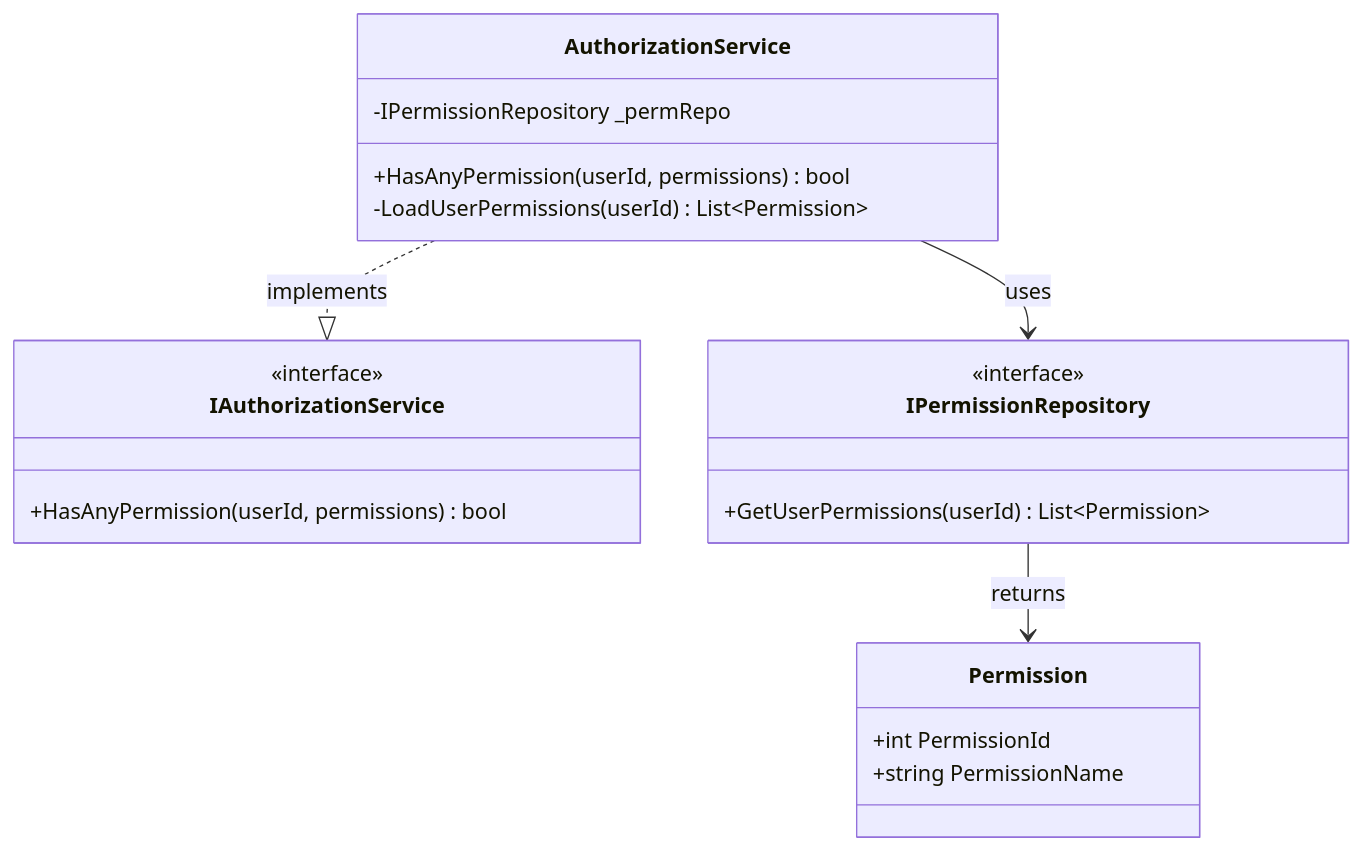
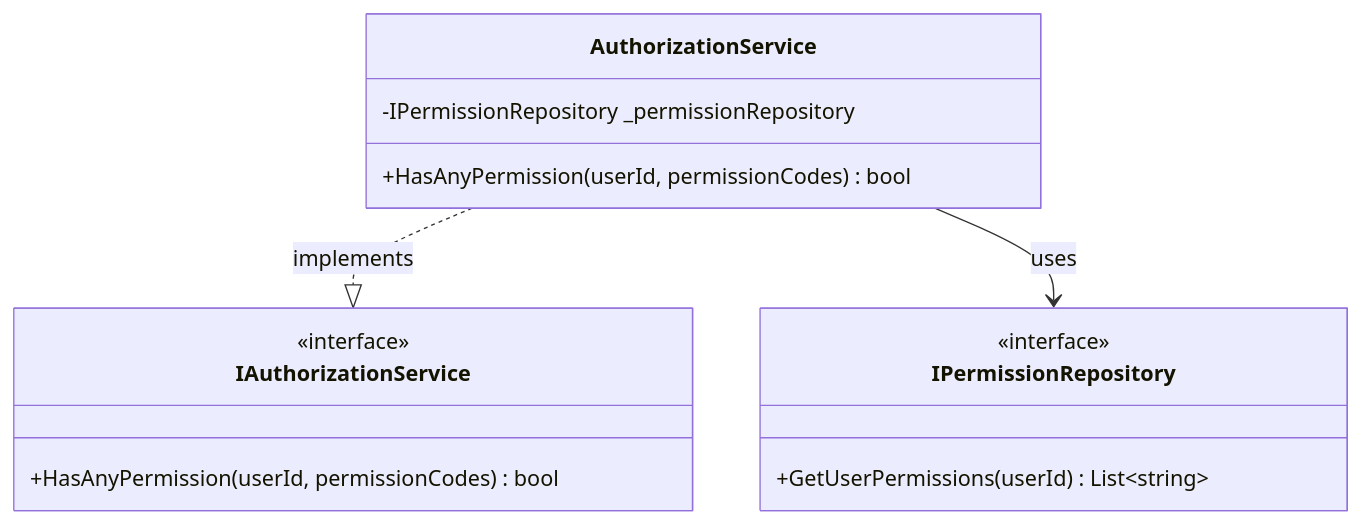
One commit to nahuk86/tp_diploma_nk_2026 changed diagram 12 of 13 in Documentation/UML_Diagrams/11_Role_Permissions_Process_Class_Diagram.md. Above: the diagram before and after it, drawn with Mermaid. The commit also changed other lines of this file and 7 other files, not shown here.

Commit message:
docs: update UML diagrams to reflect code refactoring

````diff
--- a/Documentation/UML_Diagrams/11_Role_Permissions_Process_Class_Diagram.md
+++ b/Documentation/UML_Diagrams/11_Role_Permissions_Process_Class_Diagram.md
@@ -476,27 +473,20 @@
 ```mermaid
 classDiagram
     class AuthorizationService {
-        -IPermissionRepository _permRepo
-        +HasAnyPermission(userId, permissions) bool
-        -LoadUserPermissions(userId) List~Permission~
+        -IPermissionRepository _permissionRepository
+        +HasAnyPermission(userId, permissionCodes) bool
     }
 
     class IAuthorizationService {
         <<interface>>
-        +HasAnyPermission(userId, permissions) bool
+        +HasAnyPermission(userId, permissionCodes) bool
     }
 
     class IPermissionRepository {
         <<interface>>
-        +GetUserPermissions(userId) List~Permission~
-    }
-
-    class Permission {
-        +int PermissionId
-        +string PermissionName
+        +GetUserPermissions(userId) List~string~
     }
 
     AuthorizationService ..|> IAuthorizationService : implements
     AuthorizationService --> IPermissionRepository : uses
-    IPermissionRepository --> Permission : returns
 ```
````
